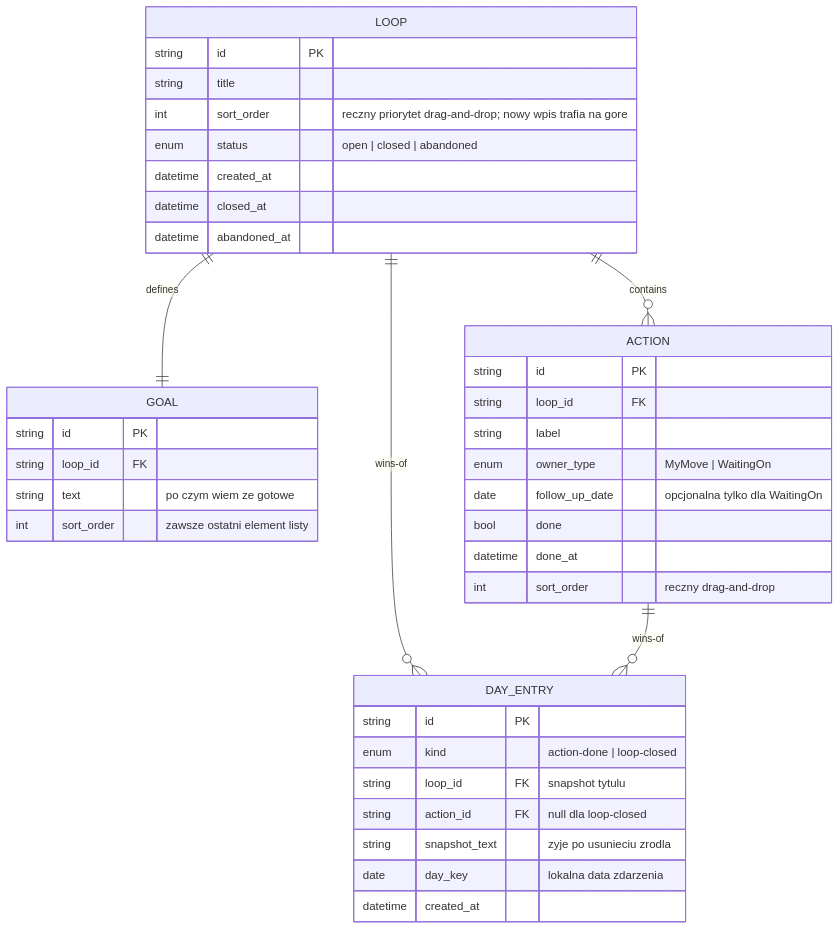
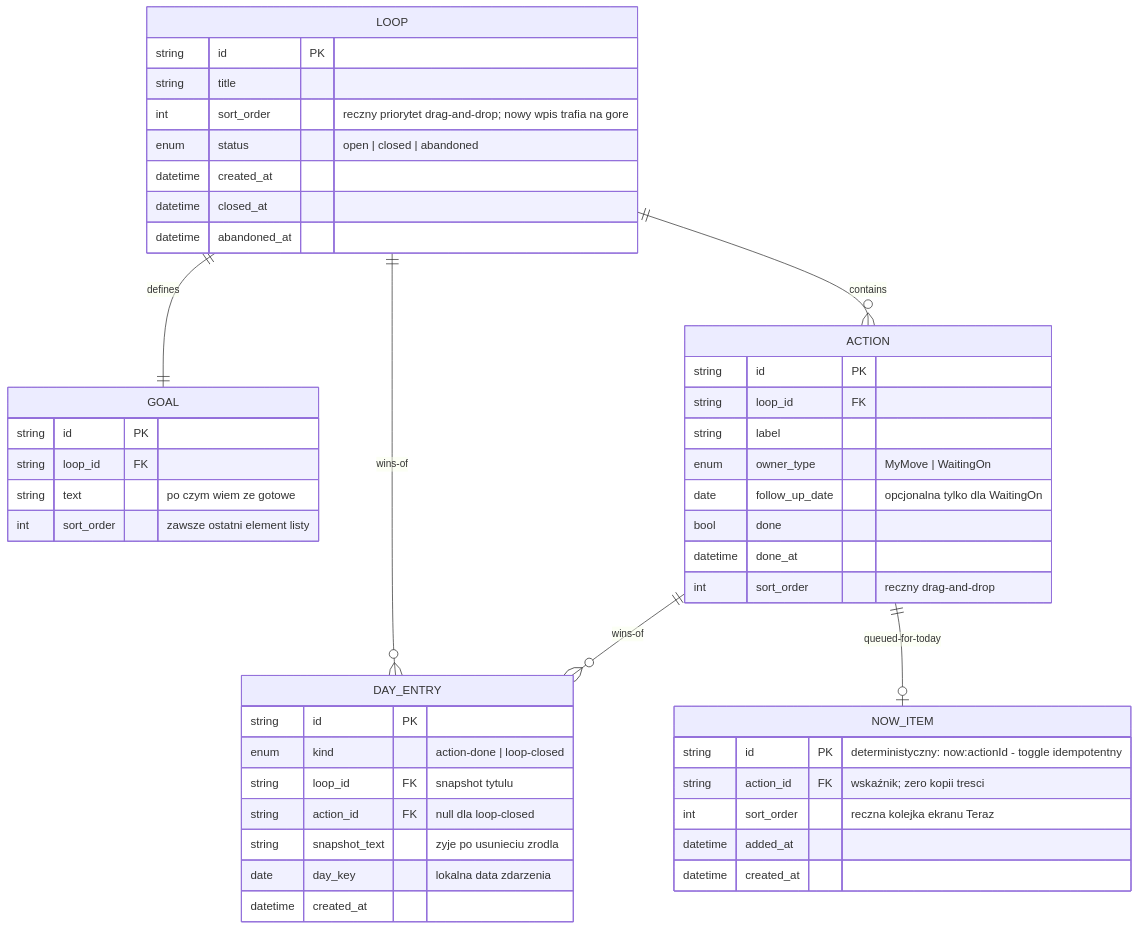
Before and after one commit to marekbrze/openloops: the diagram in docs/ENTITY_MAP.md, drawn with Mermaid. The commit also changed other lines of this file and 11 other files, not shown here.

````diff
--- a/docs/ENTITY_MAP.md
+++ b/docs/ENTITY_MAP.md
@@ -5,42 +5,50 @@
 ```mermaid
 erDiagram
     LOOP ||--|| GOAL : "defines"
     LOOP ||--o{ ACTION : "contains"
     LOOP ||--o{ DAY_ENTRY : "wins-of"
     ACTION ||--o{ DAY_ENTRY : "wins-of"
+    ACTION ||--o| NOW_ITEM : "queued-for-today"
 
     LOOP {
         string id PK
         string title
         int sort_order "reczny priorytet drag-and-drop; nowy wpis trafia na gore"
         enum status "open | closed | abandoned"
         datetime created_at
         datetime closed_at
         datetime abandoned_at
     }
     GOAL {
         string id PK
         string loop_id FK
         string text "po czym wiem ze gotowe"
         int sort_order "zawsze ostatni element listy"
     }
     ACTION {
         string id PK
         string loop_id FK
         string label
         enum owner_type "MyMove | WaitingOn"
         date follow_up_date "opcjonalna tylko dla WaitingOn"
         bool done
         datetime done_at
         int sort_order "reczny drag-and-drop"
     }
     DAY_ENTRY {
         string id PK
         enum kind "action-done | loop-closed"
         string loop_id FK "snapshot tytulu"
         string action_id FK "null dla loop-closed"
         string snapshot_text "zyje po usunieciu zrodla"
         date day_key "lokalna data zdarzenia"
         datetime created_at
     }
+    NOW_ITEM {
+        string id PK "deterministyczny: now:actionId - toggle idempotentny"
+        string action_id FK "wskaźnik; zero kopii tresci"
+        int sort_order "reczna kolejka ekranu Teraz"
+        datetime added_at
+        datetime created_at
+    }
 ```
````
